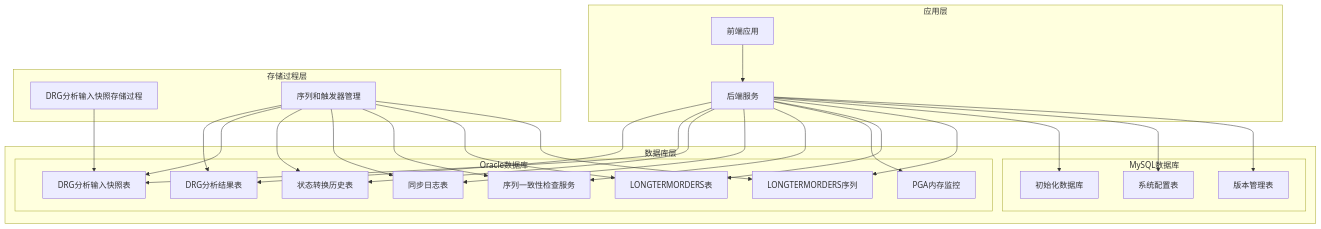
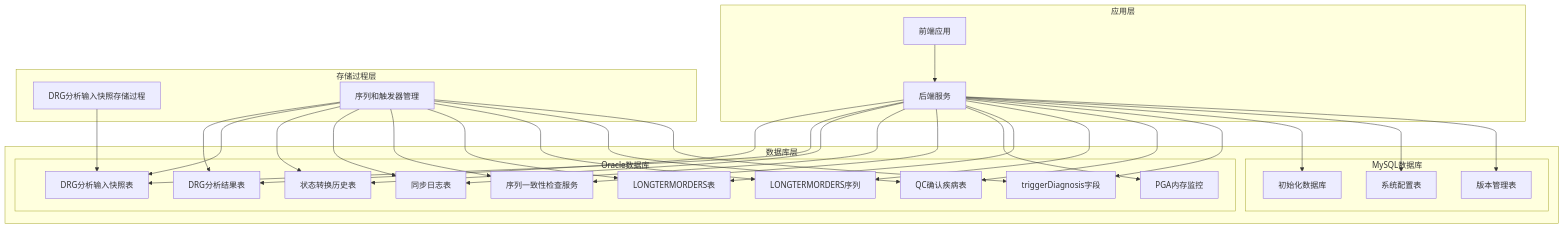
One commit to liuzh2008/med_ai_assistant_workspace changed the sixth of 21 diagrams in .qoder/repowiki/zh/content/Database Operations.md. Above: the diagram before and after it, drawn with Mermaid. The commit also changed other lines of this file and 4 other files, not shown here.

````diff
--- a/.qoder/repowiki/zh/content/Database Operations.md
+++ b/.qoder/repowiki/zh/content/Database Operations.md
@@ -237,48 +276,54 @@
 ```mermaid
 graph TB
 subgraph "应用层"
 A[前端应用]
 B[后端服务]
 end
 subgraph "数据库层"
 subgraph "Oracle数据库"
 C[DRG分析结果表]
 D[DRG分析输入快照表]
 E[状态转换历史表]
 F[同步日志表]
 G[序列一致性检查服务]
 H[PGA内存监控]
 I[LONGTERMORDERS表]
 J[LONGTERMORDERS序列]
+K[QC确认疾病表]
+L[triggerDiagnosis字段]
 end
 subgraph "MySQL数据库"
-K[初始化数据库]
-L[系统配置表]
-M[版本管理表]
+M[初始化数据库]
+N[系统配置表]
+O[版本管理表]
 end
 end
 subgraph "存储过程层"
-N[DRG分析输入快照存储过程]
-O[序列和触发器管理]
+P[DRG分析输入快照存储过程]
+Q[序列和触发器管理]
 end
 A --> B
 B --> C
 B --> D
 B --> E
 B --> F
 B --> G
 B --> H
 B --> I
 B --> J
 B --> K
 B --> L
 B --> M
-N --> D
-O --> C
-O --> D
-O --> E
-O --> F
-O --> G
-O --> I
-O --> J
+B --> N
+B --> O
+P --> D
+Q --> C
+Q --> D
+Q --> E
+Q --> F
+Q --> G
+Q --> I
+Q --> J
+Q --> K
+Q --> L
 ```
````
